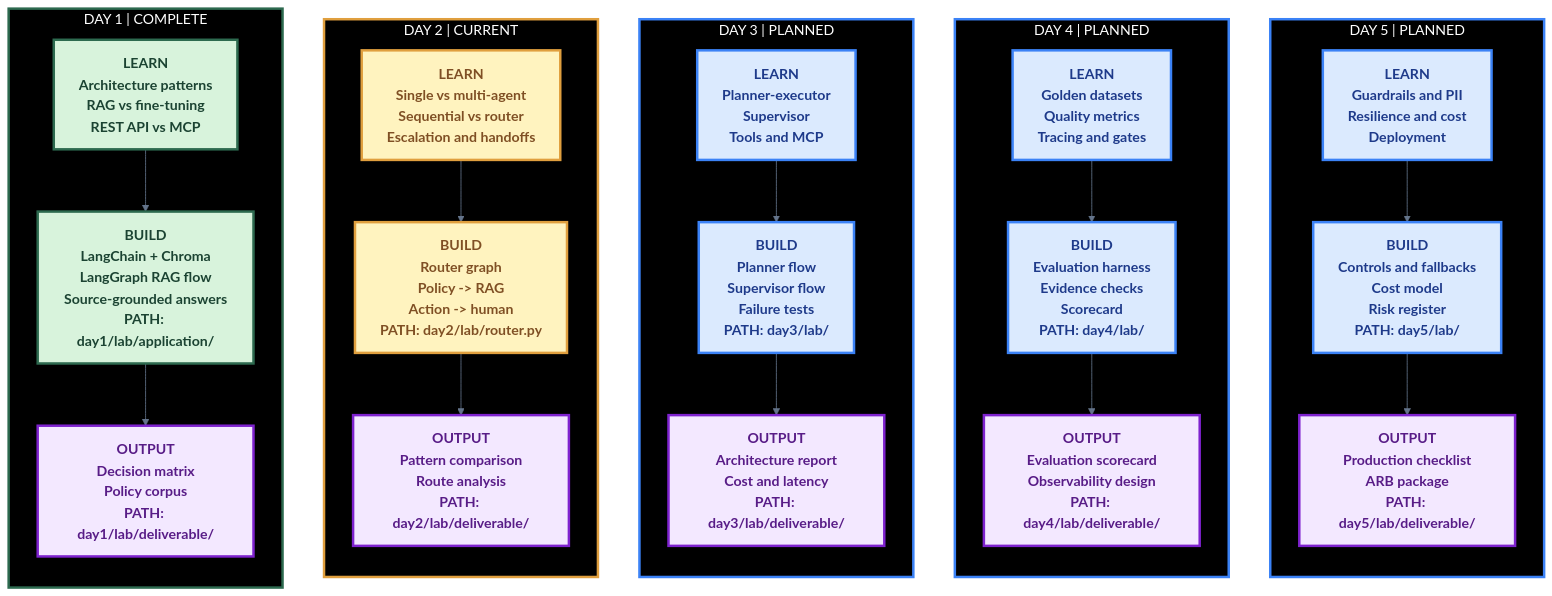
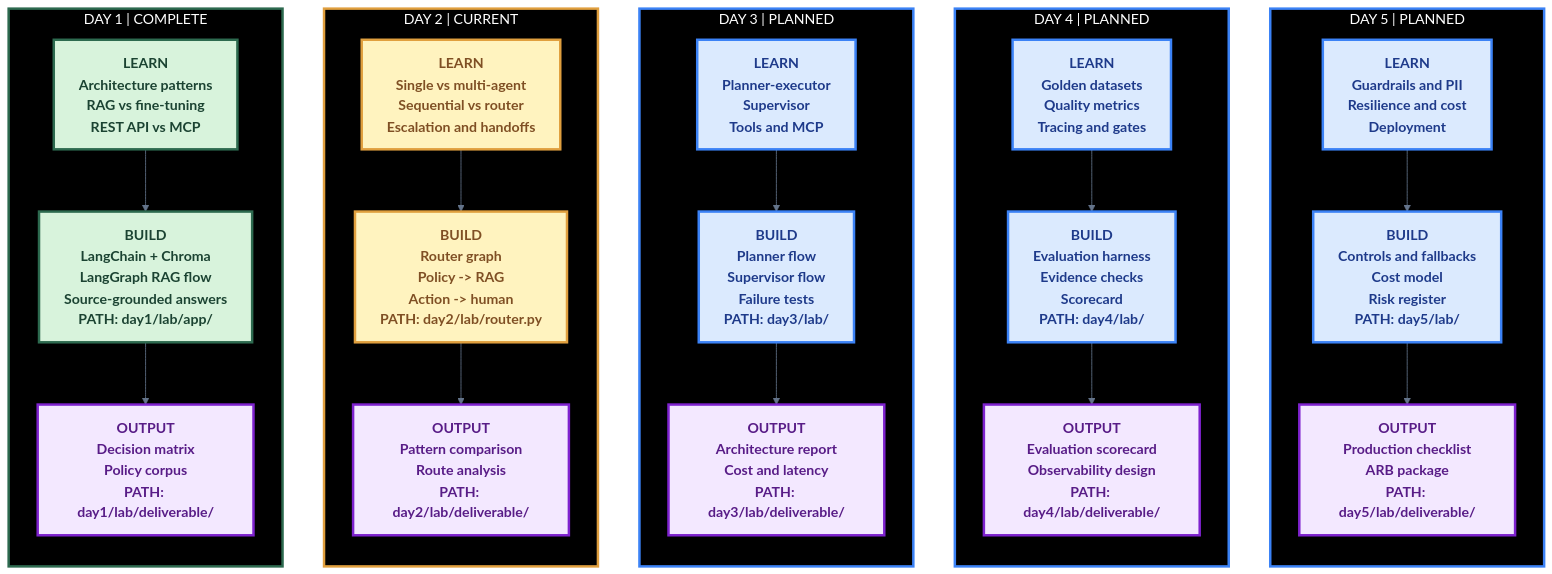
One commit to rakeshmatha/advanced-agentic-ai changed the diagram in README.md. Above: the diagram before and after it, drawn with Mermaid. The commit also changed other lines of this file and 11 other files, not shown here.

````diff
--- a/README.md
+++ b/README.md
@@ -39,40 +39,40 @@
 ```mermaid
 %%{init: {"theme": "base", "themeVariables": {"fontFamily": "Segoe UI, sans-serif", "fontSize": "17px", "primaryTextColor": "#111827", "lineColor": "#64748b", "clusterBkg": "#ffffff", "clusterBorder": "#94a3b8"}}}%%
 flowchart LR
     subgraph DAY1["DAY 1 | COMPLETE"]
         direction TB
-        D1T["LEARN\nArchitecture patterns\nRAG vs fine-tuning\nREST API vs MCP"] --> D1B["BUILD\nLangChain + Chroma\nLangGraph RAG flow\nSource-grounded answers\nPATH: day1/lab/application/"] --> D1O["OUTPUT\nDecision matrix\nPolicy corpus\nPATH: day1/lab/deliverable/"]
+        D1T["LEARN\nArchitecture patterns\nRAG vs fine-tuning\nREST API vs MCP"] --> D1B["BUILD\nLangChain + Chroma\nLangGraph RAG flow\nSource-grounded answers\nPATH: day1/lab/app/"] --> D1O["OUTPUT\nDecision matrix\nPolicy corpus\nPATH: day1/lab/deliverable/"]
     end
     subgraph DAY2["DAY 2 | CURRENT"]
         direction TB
         D2T["LEARN\nSingle vs multi-agent\nSequential vs router\nEscalation and handoffs"] --> D2B["BUILD\nRouter graph\nPolicy -> RAG\nAction -> human\nPATH: day2/lab/router.py"] --> D2O["OUTPUT\nPattern comparison\nRoute analysis\nPATH: day2/lab/deliverable/"]
     end
     subgraph DAY3["DAY 3 | PLANNED"]
         direction TB
         D3T["LEARN\nPlanner-executor\nSupervisor\nTools and MCP"] --> D3B["BUILD\nPlanner flow\nSupervisor flow\nFailure tests\nPATH: day3/lab/"] --> D3O["OUTPUT\nArchitecture report\nCost and latency\nPATH: day3/lab/deliverable/"]
     end
     subgraph DAY4["DAY 4 | PLANNED"]
         direction TB
         D4T["LEARN\nGolden datasets\nQuality metrics\nTracing and gates"] --> D4B["BUILD\nEvaluation harness\nEvidence checks\nScorecard\nPATH: day4/lab/"] --> D4O["OUTPUT\nEvaluation scorecard\nObservability design\nPATH: day4/lab/deliverable/"]
     end
     subgraph DAY5["DAY 5 | PLANNED"]
         direction TB
         D5T["LEARN\nGuardrails and PII\nResilience and cost\nDeployment"] --> D5B["BUILD\nControls and fallbacks\nCost model\nRisk register\nPATH: day5/lab/"] --> D5O["OUTPUT\nProduction checklist\nARB package\nPATH: day5/lab/deliverable/"]
     end
 
     DAY1 ~~~ DAY2 ~~~ DAY3 ~~~ DAY4 ~~~ DAY5
 
     classDef complete fill:#d8f3dc,stroke:#2d6a4f,color:#1b4332,stroke-width:3px,font-size:17px,font-weight:bold
     classDef current fill:#fff3bf,stroke:#e09f3e,color:#7f4f24,stroke-width:3px,font-size:17px,font-weight:bold
     classDef planned fill:#dbeafe,stroke:#3b82f6,color:#1e3a8a,stroke-width:3px,font-size:17px,font-weight:bold
     classDef deliverable fill:#f3e8ff,stroke:#7e22ce,color:#581c87,stroke-width:3px,font-size:17px,font-weight:bold
     class D1T,D1B complete
     class D1O,D2O,D3O,D4O,D5O deliverable
     class D2T,D2B current
     class D3T,D3B,D4T,D4B,D5T,D5B planned
     style DAY1 fill:#000000,stroke:#2d6a4f,stroke-width:3px,color:#ffffff
     style DAY2 fill:#000000,stroke:#e09f3e,stroke-width:3px,color:#ffffff
     style DAY3 fill:#000000,stroke:#3b82f6,stroke-width:3px,color:#ffffff
     style DAY4 fill:#000000,stroke:#3b82f6,stroke-width:3px,color:#ffffff
     style DAY5 fill:#000000,stroke:#3b82f6,stroke-width:3px,color:#ffffff
 ```
````
